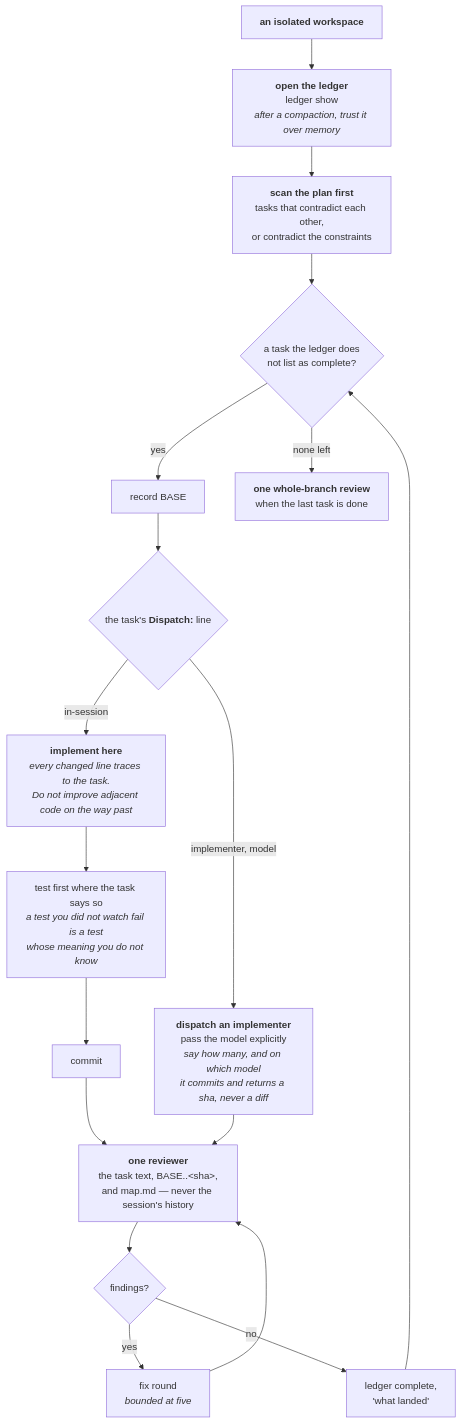
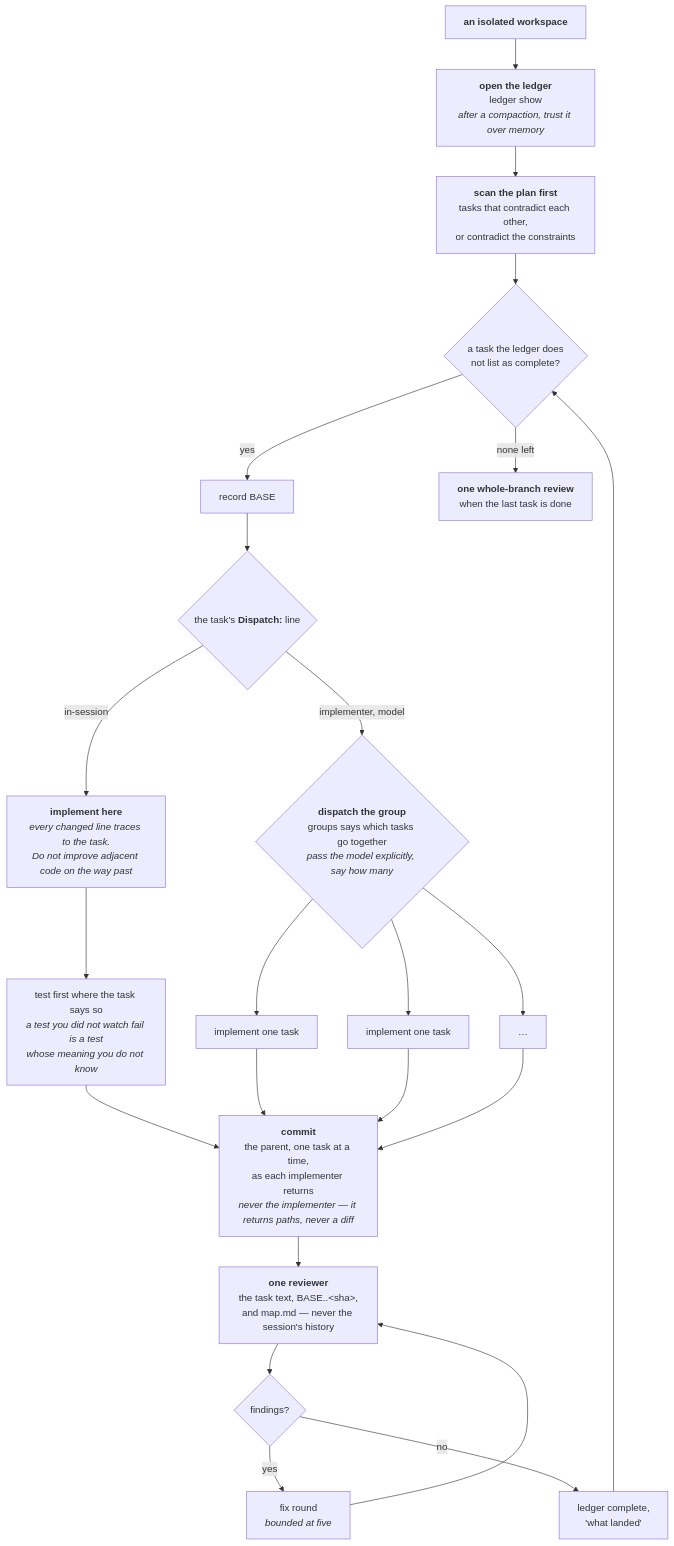
One commit to FanFantom9452/FanKeel changed the fourth of 8 diagrams in docs/pipeline.md. Above: the diagram before and after it, drawn with Mermaid. The commit also changed 2 other files, not shown here.

Commit message:
docs: the ban that became two predicates you can compute
subagents.md carried the flat rule against two implementers. What replaces it
is the pair the plan already writes down: disjoint Files, and neither consuming
what the other produces. The ceiling of four and the reader-splitting test are
untouched.

The build flowchart's implement node becomes a fan over a group, and the commit
moves to the parent.

Claude-Session: https://claude.ai/code/session_01QnByHTCX17FTb9ZQX8daZw

````diff
--- a/docs/pipeline.md
+++ b/docs/pipeline.md
@@ -443,34 +443,42 @@
 ```mermaid
 flowchart TD
     S1["<b>an isolated workspace</b>"]
     S2["<b>open the ledger</b><br/>ledger show<br/><i>after a compaction, trust it over memory</i>"]
     S3["<b>scan the plan first</b><br/>tasks that contradict each other,<br/>or contradict the constraints"]
     L{"a task the ledger does<br/>not list as complete?"}
     T1["record BASE"]
     T2{"the task's <b>Dispatch:</b> line"}
     T2a["<b>implement here</b><br/><i>every changed line traces to the task.<br/>Do not improve adjacent code on the way past</i>"]
-    T2b["<b>dispatch an implementer</b><br/>pass the model explicitly<br/><i>say how many, and on which model</i><br/><i>it commits and returns a sha, never a diff</i>"]
+    T2b{"<b>dispatch the group</b><br/>groups says which tasks go together<br/><i>pass the model explicitly, say how many</i>"}
+    T2b1["implement one task"]
+    T2b2["implement one task"]
+    T2b3["…"]
     T3["test first where the task says so<br/><i>a test you did not watch fail is a test<br/>whose meaning you do not know</i>"]
-    T4["commit"]
+    T4["<b>commit</b><br/>the parent, one task at a time,<br/>as each implementer returns<br/><i>never the implementer — it returns paths, never a diff</i>"]
     T5["<b>one reviewer</b><br/>the task text, BASE..&lt;sha&gt;,<br/>and map.md — never the session's history"]
     T6{"findings?"}
     T7["fix round<br/><i>bounded at five</i>"]
     T8["ledger complete,<br/>'what landed'"]
     R["<b>one whole-branch review</b><br/>when the last task is done"]
 
     S1 --> S2 --> S3 --> L
     L -- yes --> T1
     T1 --> T2
     T2 -- "in-session" --> T2a
     T2 -- "implementer, model" --> T2b
     T2a --> T3
     T3 --> T4
+    T2b --> T2b1
+    T2b --> T2b2
+    T2b --> T2b3
+    T2b1 --> T4
+    T2b2 --> T4
+    T2b3 --> T4
     T4 --> T5
-    T2b --> T5
     T5 --> T6
     T6 -- yes --> T7
     T7 --> T5
     T6 -- no --> T8
     T8 --> L
     L -- "none left" --> R
 ```
````
